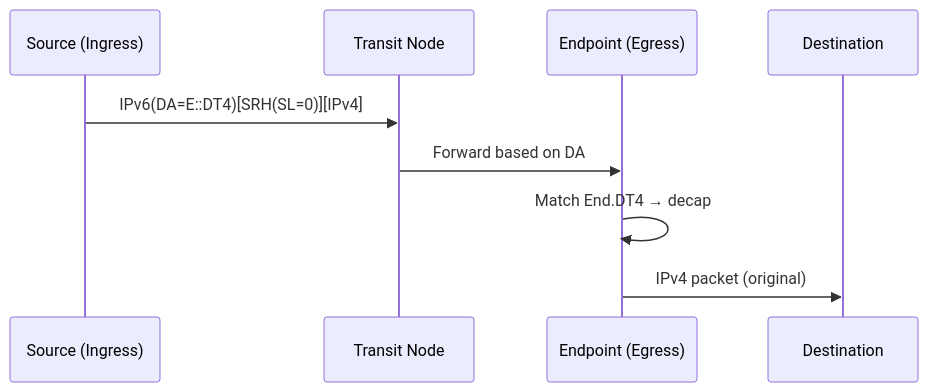
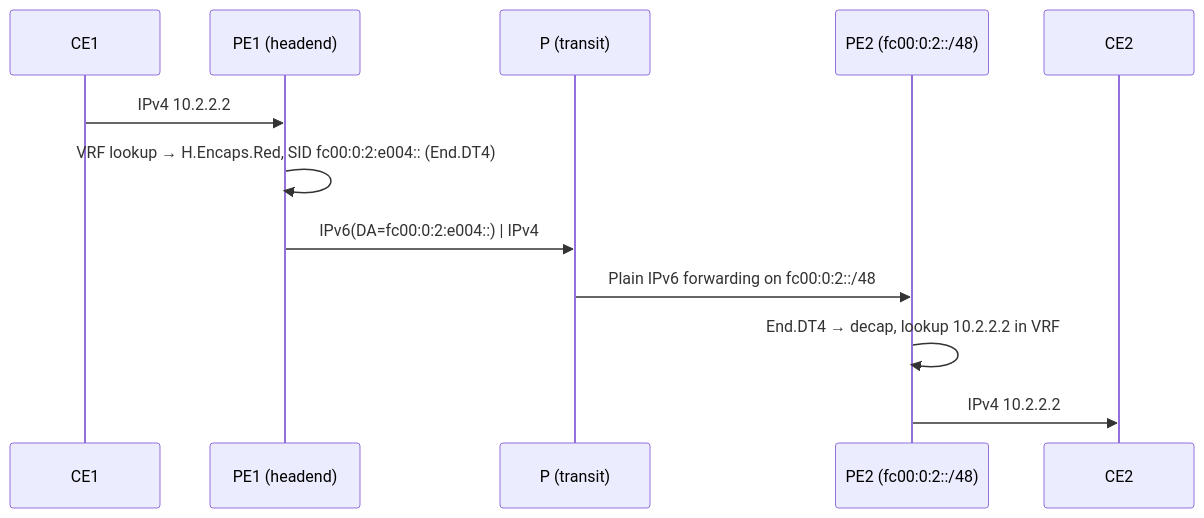
Before and after one commit to eldaninavas/srv6.md: the diagram in docs/topics/network-programming.md, drawn with Mermaid. The commit also changed other lines of this file, not shown here.

````diff
--- a/docs/topics/network-programming.md
+++ b/docs/topics/network-programming.md
@@ -51,12 +152,15 @@
 ```mermaid
 sequenceDiagram
-    participant S as Source (Ingress)
-    participant T as Transit Node
-    participant E as Endpoint (Egress)
-    participant D as Destination
+    participant CE1 as CE1
+    participant PE1 as PE1 (headend)
+    participant P as P (transit)
+    participant PE2 as PE2 (fc00:0:2::/48)
+    participant CE2 as CE2
 
-    S->>T: IPv6(DA=E::DT4)[SRH(SL=0)][IPv4]
-    T->>E: Forward based on DA
-    E->>E: Match End.DT4 → decap
-    E->>D: IPv4 packet (original)
+    CE1->>PE1: IPv4 10.2.2.2
+    PE1->>PE1: VRF lookup → H.Encaps.Red, SID fc00:0:2:e004:: (End.DT4)
+    PE1->>P: IPv6(DA=fc00:0:2:e004::) | IPv4
+    P->>PE2: Plain IPv6 forwarding on fc00:0:2::/48
+    PE2->>PE2: End.DT4 → decap, lookup 10.2.2.2 in VRF
+    PE2->>CE2: IPv4 10.2.2.2
 ```
````
